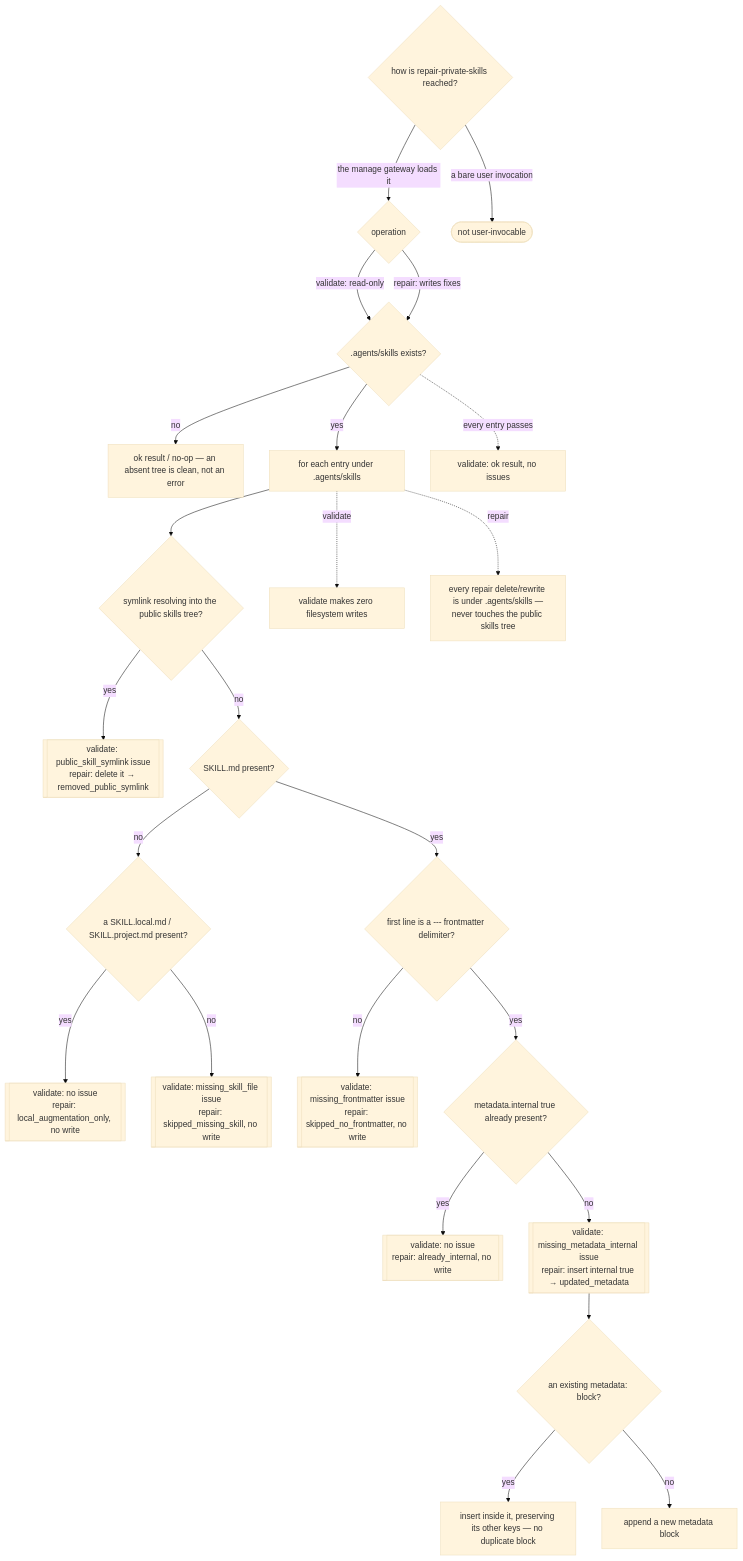
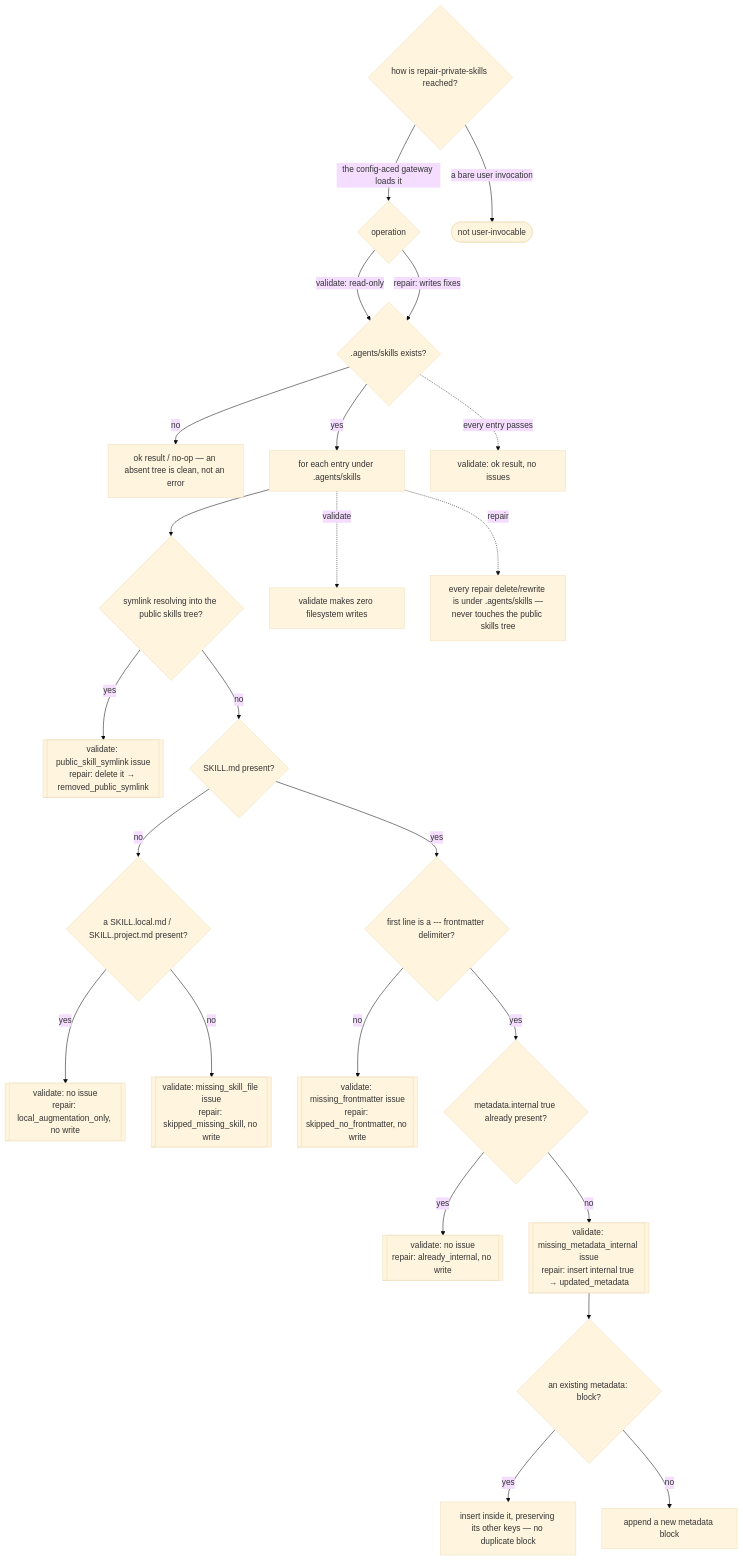
One commit to cyberuni/cyber-sdd changed the diagram in .agents/specs/aced/config-authoring/repair-private-skills/README.md. Above: the diagram before and after it, drawn with Mermaid (base theme). The commit also changed other lines of this file and 85 other files, not shown here.

First line of the commit message:
refactor!: rename aced skills to the cyber-agentkit verb rules

````diff
--- a/.agents/specs/aced/config-authoring/repair-private-skills/README.md
+++ b/.agents/specs/aced/config-authoring/repair-private-skills/README.md
@@ -66,34 +66,34 @@
 ```mermaid
 flowchart TD
-  REACH{how is repair-private-skills reached?} -->|the manage gateway loads it| OP
+  REACH{how is repair-private-skills reached?} -->|the config-aced gateway loads it| OP
   REACH -->|a bare user invocation| NOSELF([not user-invocable])
 
   OP{operation} -->|validate: read-only| DIR
   OP -->|repair: writes fixes| DIR
 
   DIR{.agents/skills exists?}
   DIR -->|no| CLEAN["ok result / no-op — an absent tree is clean, not an error"]
   DIR -->|yes| ENTRY[for each entry under .agents/skills]
 
   ENTRY --> SYM{symlink resolving into the public skills tree?}
   SYM -->|yes| SYMOUT[[validate: public_skill_symlink issue<br/>repair: delete it → removed_public_symlink]]
   SYM -->|no| MD{SKILL.md present?}
 
   MD -->|no| AUG{a SKILL.local.md / SKILL.project.md present?}
   AUG -->|yes| AUGOUT[[validate: no issue<br/>repair: local_augmentation_only, no write]]
   AUG -->|no| MISSOUT[[validate: missing_skill_file issue<br/>repair: skipped_missing_skill, no write]]
 
   MD -->|yes| FM{first line is a --- frontmatter delimiter?}
   FM -->|no| FMOUT[[validate: missing_frontmatter issue<br/>repair: skipped_no_frontmatter, no write]]
   FM -->|yes| INT{metadata.internal true already present?}
   INT -->|yes| INTOUT[[validate: no issue<br/>repair: already_internal, no write]]
   INT -->|no| FIXOUT[[validate: missing_metadata_internal issue<br/>repair: insert internal true → updated_metadata]]
 
   FIXOUT --> BLOCK{an existing metadata: block?}
   BLOCK -->|yes| BLKEXIST["insert inside it, preserving its other keys — no duplicate block"]
   BLOCK -->|no| BLKNEW[append a new metadata block]
 
   DIR -.->|every entry passes| OKALL[validate: ok result, no issues]
   ENTRY -.->|validate| NOWRITE[validate makes zero filesystem writes]
   ENTRY -.->|repair| BOUND["every repair delete/rewrite is under .agents/skills —<br/>never touches the public skills tree"]
 ```
````
